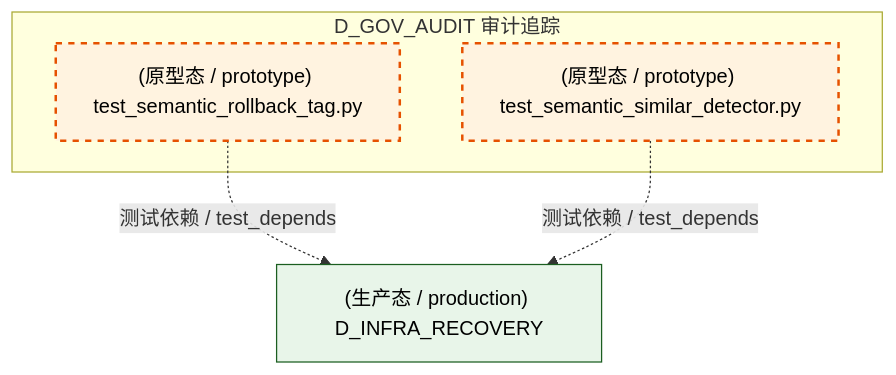
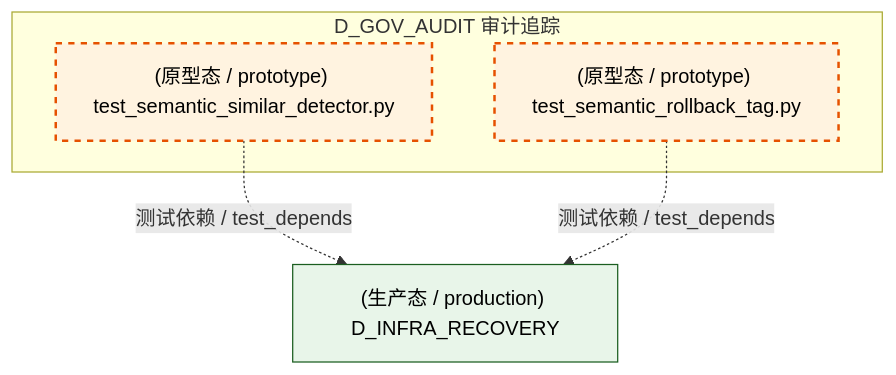
The tenth of 14 diagrams in docs/02_enterprise_architecture/02_domain_architecture_docs/39_d_gov_audit.md (xuanFelixVan/ZephyrAlpha), drawn with Mermaid before and after one commit. The commit also changed other lines of this file and 126 other files, not shown here.

````diff
--- a/docs/02_enterprise_architecture/02_domain_architecture_docs/39_d_gov_audit.md
+++ b/docs/02_enterprise_architecture/02_domain_architecture_docs/39_d_gov_audit.md
@@ -954,16 +954,16 @@
 ```mermaid
 graph TD
     subgraph D_GOV_AUDIT["D_GOV_AUDIT 审计追踪"]
         tests_semantic_auditor_test_semantic_rollback_tag_py["(原型态 / prototype) test_semantic_rollback_tag.py"]
         tests_semantic_auditor_test_semantic_similar_detector_py["(原型态 / prototype) test_semantic_similar_detector.py"]
     end
     D_INFRA_RECOVERY["(生产态 / production) D_INFRA_RECOVERY"]
+    tests_semantic_auditor_test_semantic_similar_detector_py -.->|测试依赖 / test_depends| D_INFRA_RECOVERY
     tests_semantic_auditor_test_semantic_rollback_tag_py -.->|测试依赖 / test_depends| D_INFRA_RECOVERY
-    tests_semantic_auditor_test_semantic_similar_detector_py -.->|测试依赖 / test_depends| D_INFRA_RECOVERY
     classDef production fill:#e1f5fe,stroke:#01579b,stroke-width:2px,color:#000
     classDef design fill:#fff3e0,stroke:#e65100,stroke-width:2px,color:#000,stroke-dasharray: 5 5
     classDef external_prod fill:#e8f5e9,stroke:#1b5e20,stroke-width:1px,color:#000
     classDef external_design fill:#fce4ec,stroke:#880e4f,stroke-width:1px,color:#000,stroke-dasharray: 5 5
     class tests_semantic_auditor_test_semantic_rollback_tag_py,tests_semantic_auditor_test_semantic_similar_detector_py design
     class D_INFRA_RECOVERY external_prod
 ```
````
